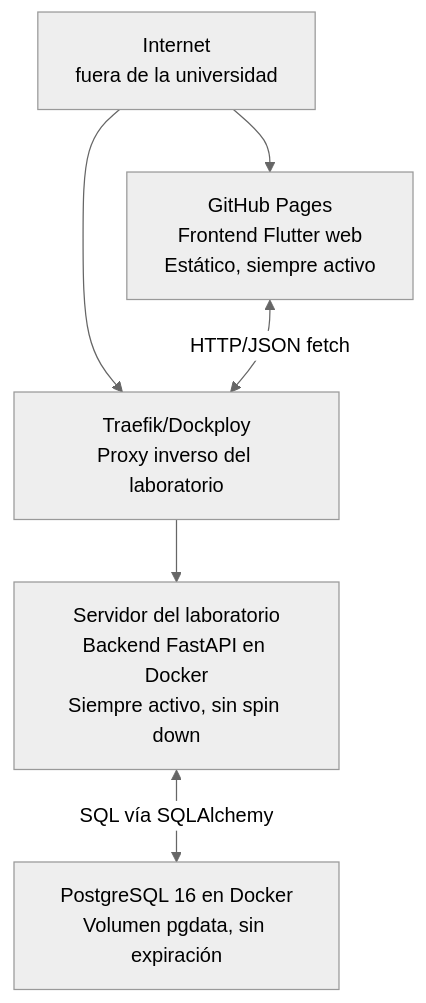
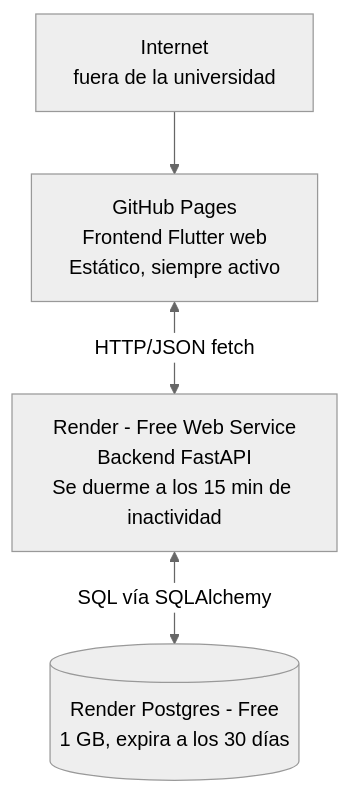
Before and after one commit to ISCOUTB/AS_202620_DinamikUTB: the diagram in docs/arc42/07-deployment-view.md, drawn with Mermaid (neutral theme). The commit also changed other lines of this file and 69 other files, not shown here.

Commit message:
Recuperar estado del proyecto anterior a los cambios accidentales

````diff
--- a/docs/arc42/07-deployment-view.md
+++ b/docs/arc42/07-deployment-view.md
@@ -19,14 +13,11 @@
 ```mermaid
 flowchart TD
     A[Internet<br>fuera de la universidad]
     B[GitHub Pages<br>Frontend Flutter web<br>Estático, siempre activo]
-    C[Traefik/Dockploy<br>Proxy inverso del laboratorio]
-    D[Servidor del laboratorio<br>Backend FastAPI en Docker<br>Siempre activo, sin spin down]
-    E[PostgreSQL 16 en Docker<br>Volumen pgdata, sin expiración]
+    C[Render - Free Web Service<br>Backend FastAPI<br>Se duerme a los 15 min de inactividad]
+    D[(Render Postgres - Free<br>1 GB, expira a los 30 días)]
 
     A --> B
-    A --> C
     B <-->|"HTTP/JSON fetch"| C
-    C --> D
-    D <-->|"SQL vía SQLAlchemy"| E
+    C <-->|"SQL vía SQLAlchemy"| D
 ```
````
